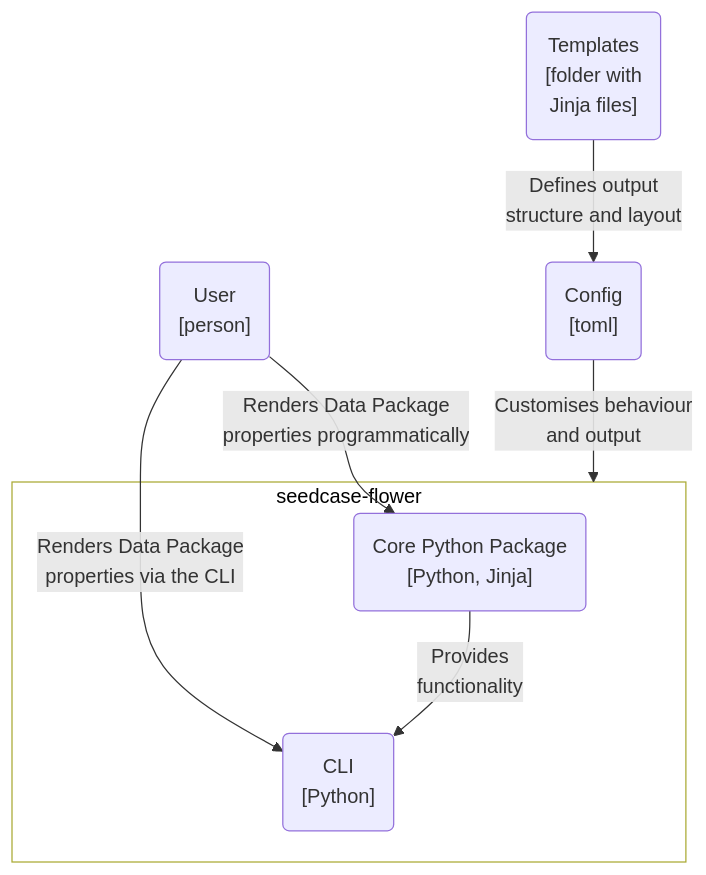
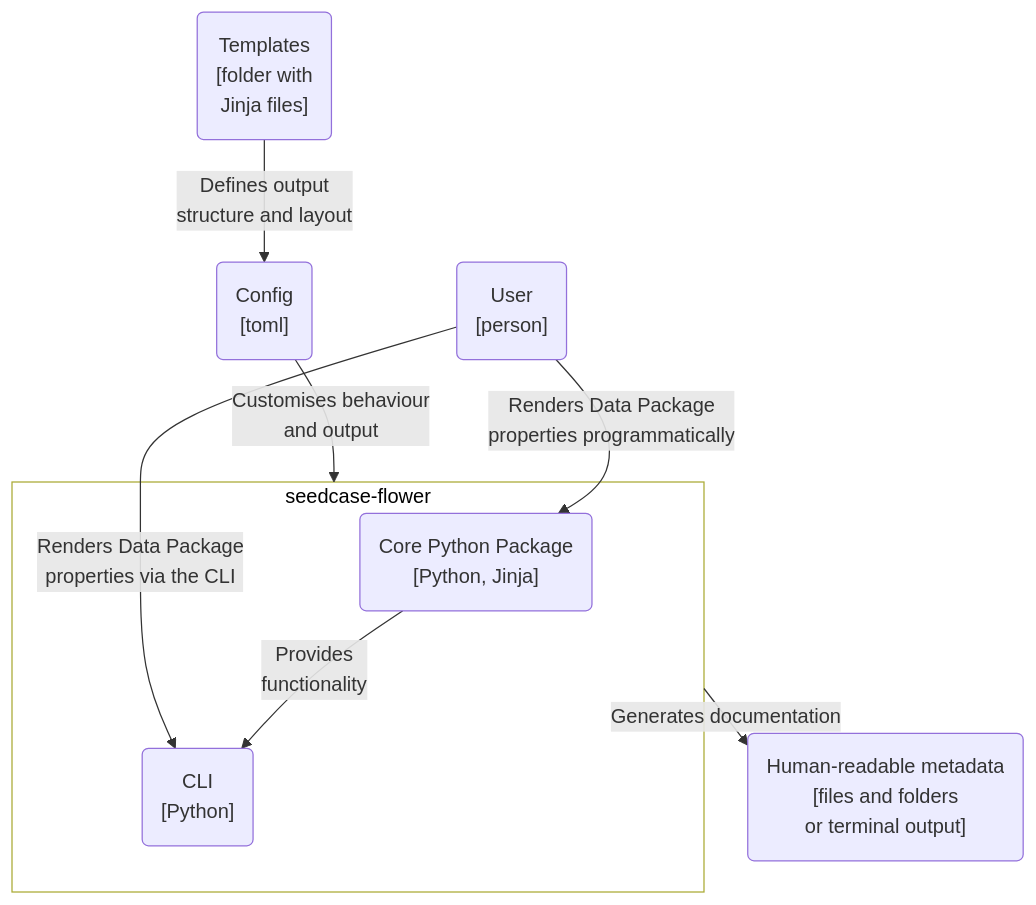
One commit to seedcase-project/seedcase-flower changed the second of 3 diagrams in docs/design/architecture.qmd. Above: the diagram before and after it, drawn with Mermaid. The commit also changed other lines of this file, not shown here.

Commit message:
docs: :pencil2: add that output includes terminal output in diagrams

````diff
--- a/docs/design/architecture.qmd
+++ b/docs/design/architecture.qmd
@@ -171,24 +171,28 @@
 ```{mermaid}
 %%| label: fig-c4-container
 %%| fig-cap: "C4 container diagram showing the core Python package in Flower and the command line interface."
 flowchart
 
     user("User<br>[person]")
     config("Config<br>[toml]")
     templates("Templates<br>[folder with<br>Jinja files]")
 
     subgraph "seedcase-flower"
         python("Core Python Package<br>[Python, Jinja]")
         cli("CLI<br>[Python]")
 
         python -- "Provides<br>functionality" --> cli
     end
 
+    output("Human-readable metadata<br>[files and folders<br>or terminal output]")
+
     config --"Customises behaviour<br>and output"--> seedcase-flower
     templates --"Defines output<br>structure and layout"--> config
     user --"Renders Data Package<br>properties programmatically"--> python
     user -- "Renders Data Package<br>properties via the CLI" --> cli
 
+    seedcase-flower --"Generates documentation"--> output
+
     %% Styling
     style seedcase-flower fill:#FFFFFF, color:#000000
 ```
````
